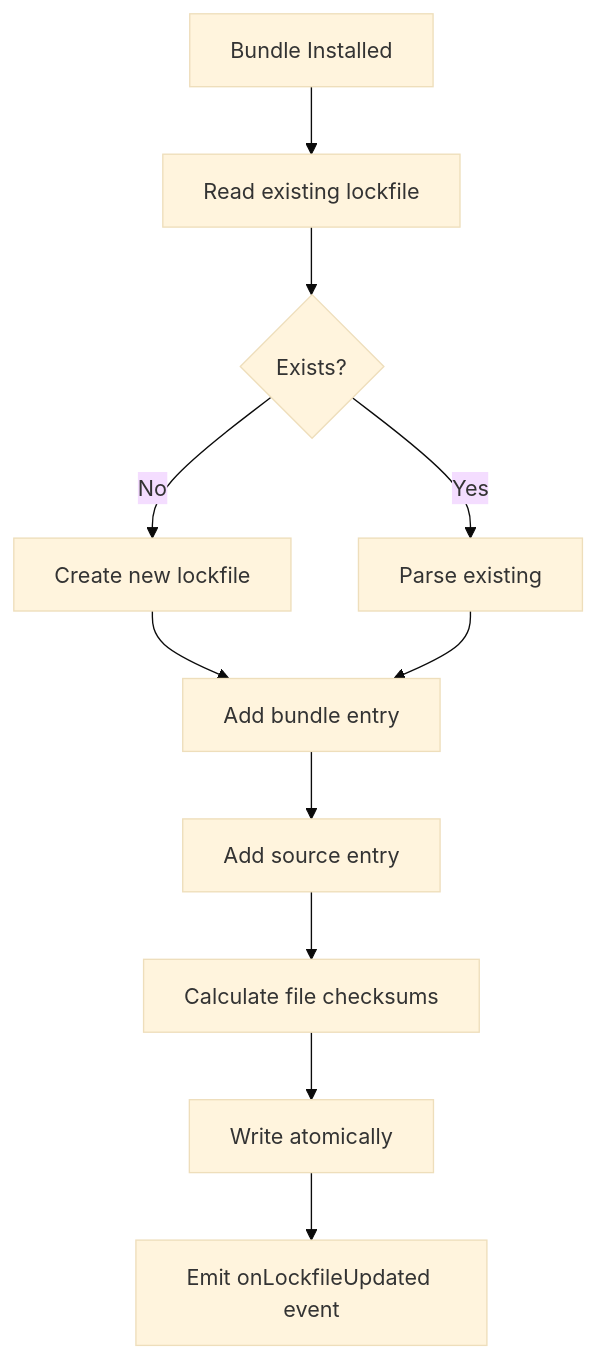
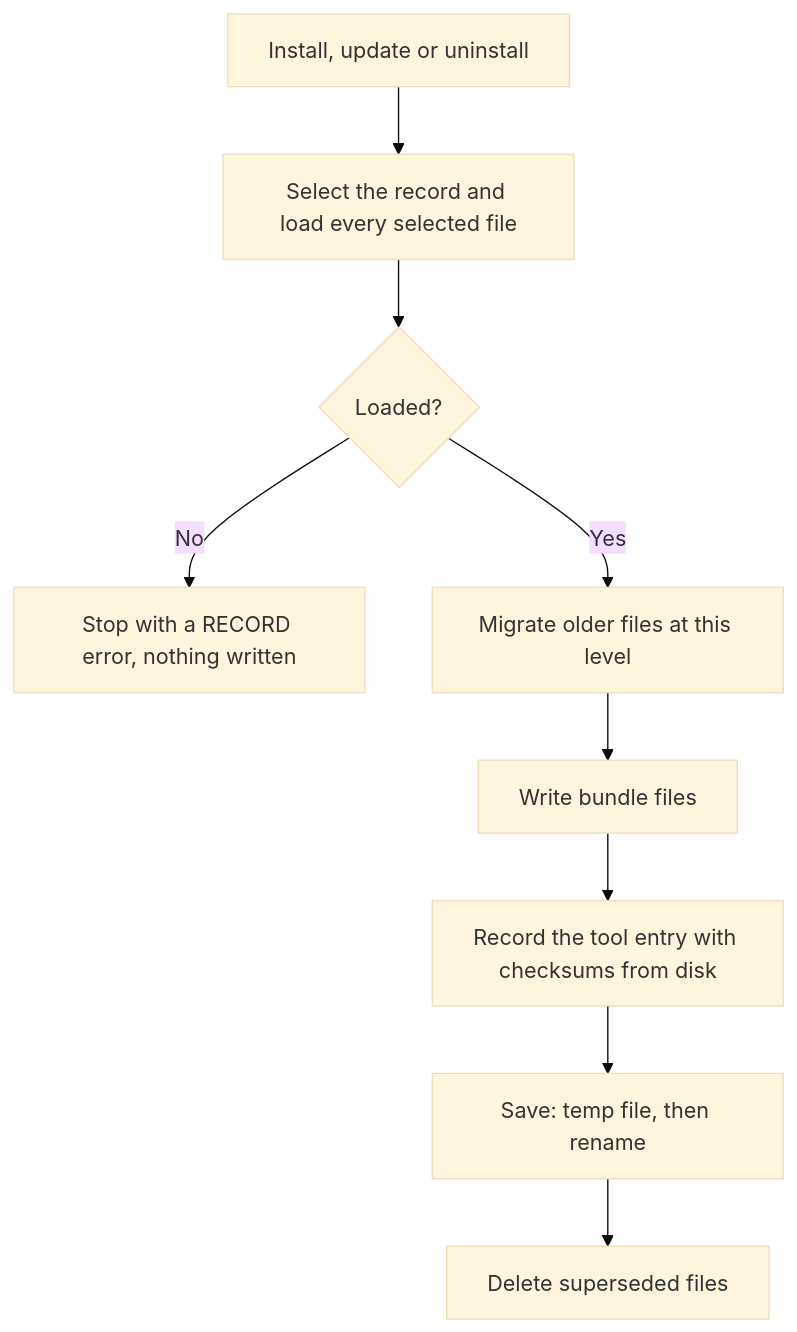
The third of 6 diagrams in docs/contributor-guide/architecture/installation-flow.md (AmadeusITGroup/ai-primitives-hub), drawn with Mermaid (base theme) before and after one commit. The commit also changed other lines of this file and 11 other files, not shown here.

````diff
--- a/docs/contributor-guide/architecture/installation-flow.md
+++ b/docs/contributor-guide/architecture/installation-flow.md
@@ -234,13 +216,11 @@
 ```mermaid
 flowchart TD
-    A[Bundle Installed] --> B[Read existing lockfile]
-    B --> C{Exists?}
-    C -->|No| D[Create new lockfile]
-    C -->|Yes| E[Parse existing]
-    D --> F[Add bundle entry]
-    E --> F
-    F --> G[Add source entry]
-    G --> H[Calculate file checksums]
-    H --> I[Write atomically]
-    I --> J[Emit onLockfileUpdated event]
+    A[Install, update or uninstall] --> B[Select the record and load every selected file]
+    B --> C{Loaded?}
+    C -->|No| X[Stop with a RECORD error, nothing written]
+    C -->|Yes| D[Migrate older files at this level]
+    D --> E[Write bundle files]
+    E --> F[Record the tool entry with checksums from disk]
+    F --> G[Save: temp file, then rename]
+    G --> H[Delete superseded files]
 ```
````
